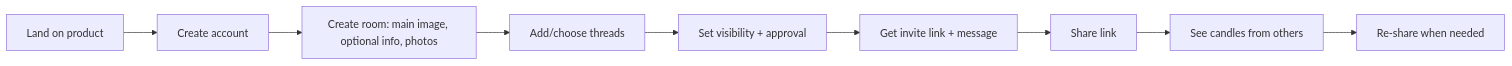
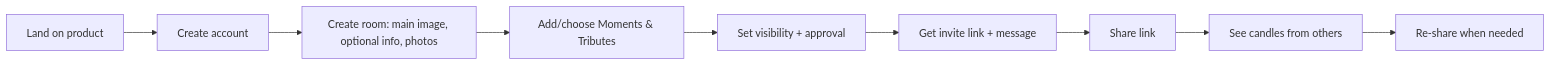
The first of 3 diagrams in _bmad-output/planning-artifacts/ux-design-specification.md (finkelll/afterlight), drawn with Mermaid before and after one commit. The commit also changed other lines of this file and 3 other files, not shown here.

Commit message:
Changed terms to Room  Moments/Tributes Candle and Light

````diff
--- a/_bmad-output/planning-artifacts/ux-design-specification.md
+++ b/_bmad-output/planning-artifacts/ux-design-specification.md
@@ -297,11 +313,11 @@
 ```mermaid
 flowchart LR
   A[Land on product] --> B[Create account]
   B --> C[Create room: main image, optional info, photos]
-  C --> D[Add/choose threads]
+  C --> D[Add/choose Moments & Tributes]
   D --> E[Set visibility + approval]
   E --> F[Get invite link + message]
   F --> G[Share link]
   G --> H[See candles from others]
   H --> I[Re-share when needed]
 ```
````
